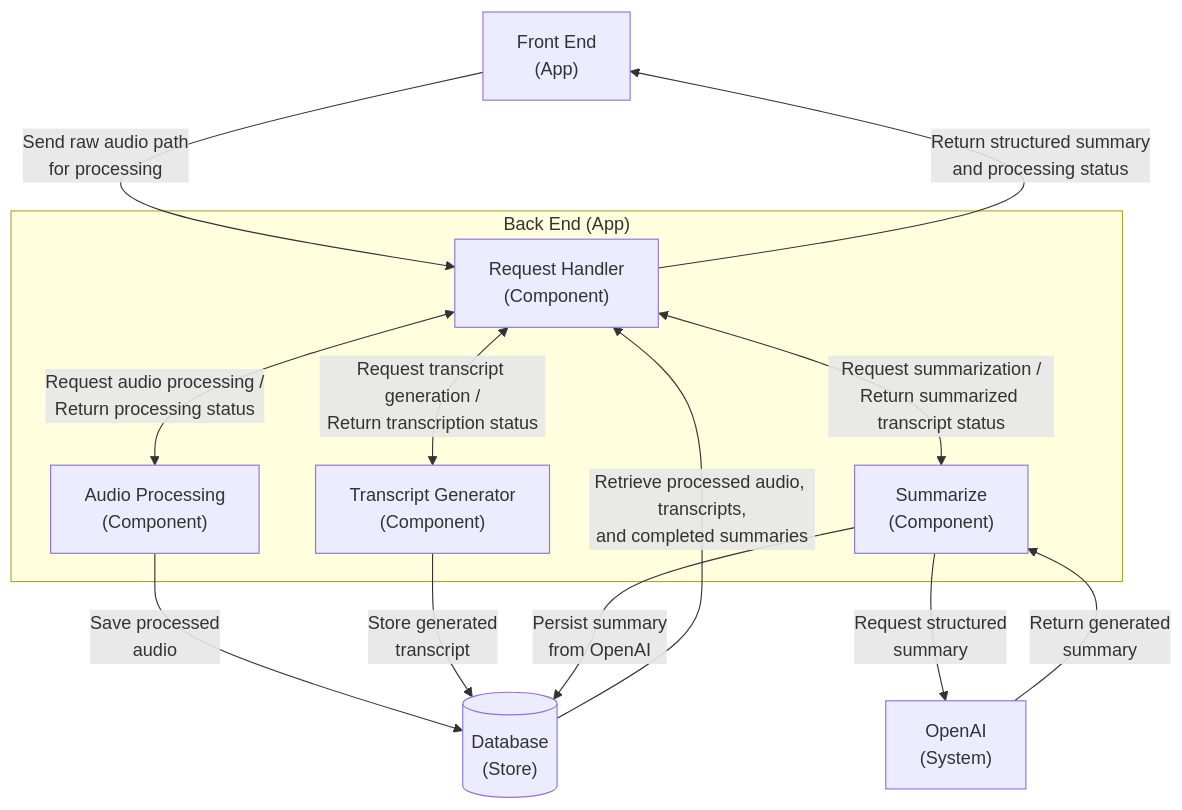
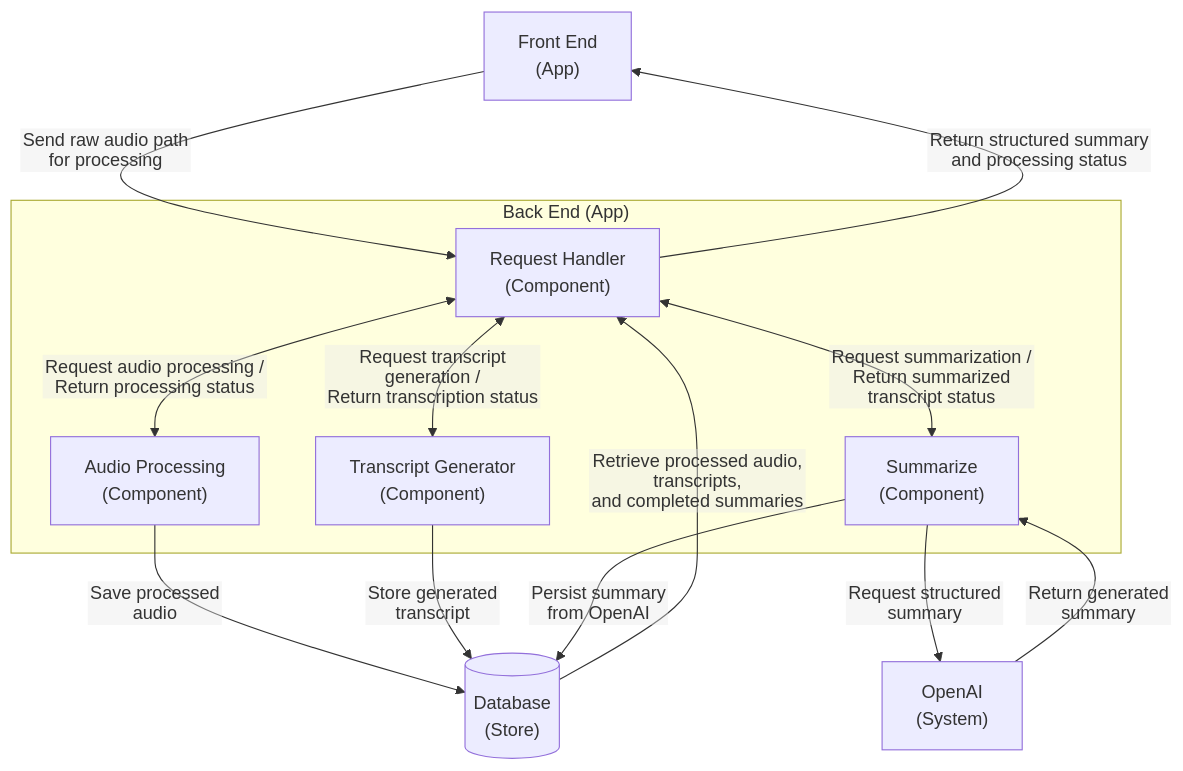
The third of 8 diagrams in docs/arc42-template-EN.md (nick-yoderia/Recap), drawn with Mermaid before and after one commit. The commit also changed other lines of this file, not shown here.

Commit message:
fix(docs): fix diagram view in github

````diff
--- a/docs/arc42-template-EN.md
+++ b/docs/arc42-template-EN.md
@@ -191,24 +193,25 @@
 ```mermaid
+%%{init: {"flowchart": {"htmlLabels": false}}}%%
 flowchart TB
     fe["Front End<br>(App)"]
     subgraph backend["Back End (App)"]
         rh["Request Handler<br>(Component)"]
         audio["Audio Processing<br>(Component)"]
         transcript["Transcript Generator<br>(Component)"]
         summarize["Summarize<br>(Component)"]
     end
     db[("Database<br>(Store)")]
     openai["OpenAI<br>(System)"]
 
     fe -- "Send raw audio path<br>for processing" --> rh
     rh -- "Return structured summary<br>and processing status" --> fe
     rh <-- "Request audio processing /<br>Return processing status" --> audio
     rh <-- "Request transcript generation /<br>Return transcription status" --> transcript
     rh <-- "Request summarization /<br>Return summarized transcript status" --> summarize
     audio -- "Save processed<br>audio" --> db
     transcript -- "Store generated<br>transcript" --> db
     summarize -- "Persist summary<br>from OpenAI" --> db
     db -- "Retrieve processed audio, transcripts,<br>and completed summaries" --> rh
     summarize -- "Request structured<br>summary" --> openai
     openai -- "Return generated<br>summary" --> summarize
 ```
````
